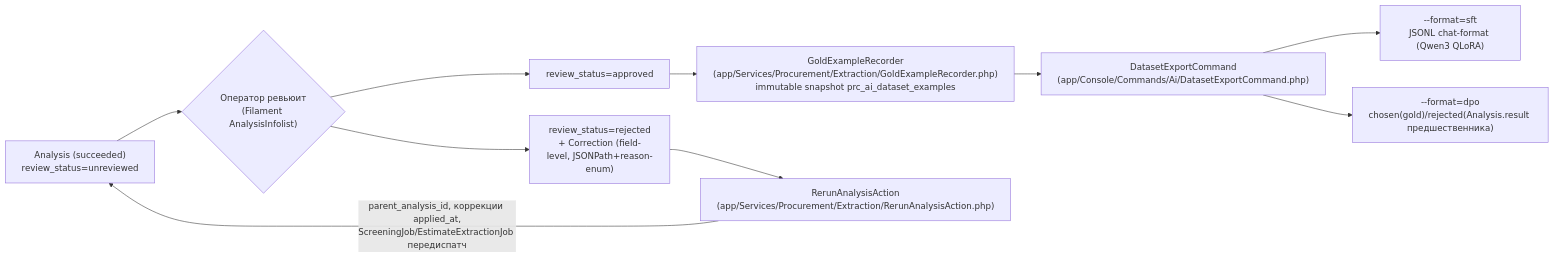
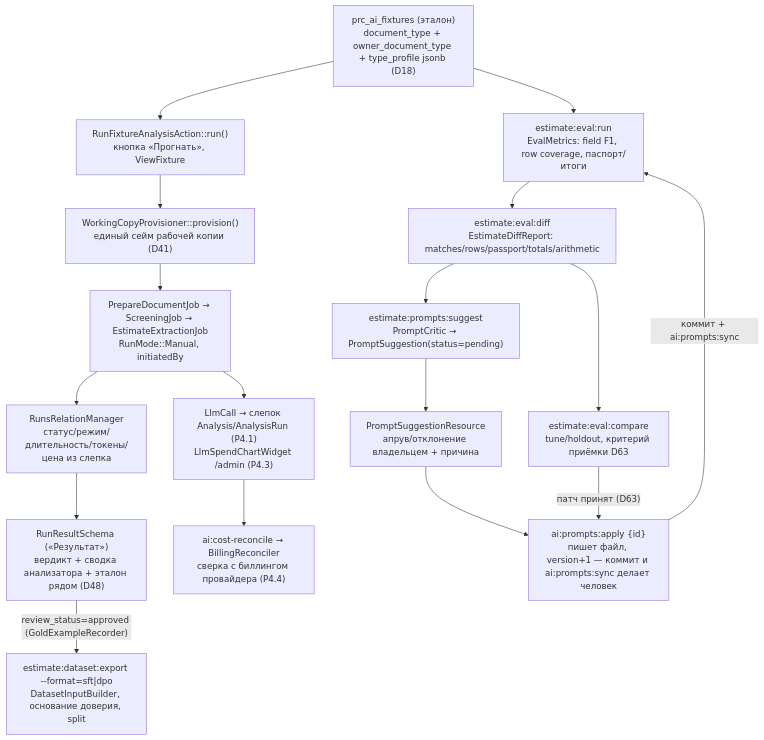
One commit to axiomasoft/agelto changed the diagram in docs/03_Dev/ai/training-loop.md. Above: the diagram before and after it, drawn with Mermaid. The commit also changed other lines of this file and 13 other files, not shown here.

````diff
--- a/docs/03_Dev/ai/training-loop.md
+++ b/docs/03_Dev/ai/training-loop.md
@@ -14,22 +14,27 @@
 ```mermaid
-flowchart LR
-    Analysis["Analysis (succeeded)<br/>review_status=unreviewed"]
-    Review{"Оператор ревьюит<br/>(Filament AnalysisInfolist)"}
-    Approved["review_status=approved"]
-    Rejected["review_status=rejected<br/>+ Correction (field-level, JSONPath+reason-enum)"]
-    Rerun["RerunAnalysisAction<br/>(app/Services/Procurement/Extraction/RerunAnalysisAction.php)"]
-    Gold["GoldExampleRecorder<br/>(app/Services/Procurement/Extraction/GoldExampleRecorder.php)<br/>immutable snapshot prc_ai_dataset_examples"]
-    Export["DatasetExportCommand<br/>(app/Console/Commands/Ai/DatasetExportCommand.php)"]
-    SFT["--format=sft<br/>JSONL chat-format (Qwen3 QLoRA)"]
-    DPO["--format=dpo<br/>chosen(gold)/rejected(Analysis.result предшественника)"]
+flowchart TD
+    Fixture["prc_ai_fixtures (эталон)<br/>document_type + owner_document_type + type_profile jsonb (D18)"]
+    Run["RunFixtureAnalysisAction::run()<br/>кнопка «Прогнать», ViewFixture"]
+    Provision["WorkingCopyProvisioner::provision()<br/>единый сейм рабочей копии (D41)"]
+    Pipeline["PrepareDocumentJob → ScreeningJob → EstimateExtractionJob<br/>RunMode::Manual, initiatedBy"]
+    History["RunsRelationManager<br/>статус/режим/длительность/токены/цена из слепка"]
+    Result["RunResultSchema («Результат»)<br/>вердикт + сводка анализатора + эталон рядом (D48)"]
+    Spend["LlmCall → слепок Analysis/AnalysisRun (P4.1)<br/>LlmSpendChartWidget /admin (P4.3)"]
+    Reconcile["ai:cost-reconcile → BillingReconciler<br/>сверка с биллингом провайдера (P4.4)"]
+    EvalRun["estimate:eval:run<br/>EvalMetrics: field F1, row coverage, паспорт/итоги"]
+    Diff["estimate:eval:diff<br/>EstimateDiffReport: matches/rows/passport/totals/arithmetic"]
+    Suggest["estimate:prompts:suggest<br/>PromptCritic → PromptSuggestion(status=pending)"]
+    Approve["PromptSuggestionResource<br/>апрув/отклонение владельцем + причина"]
+    Apply["ai:prompts:apply {id}<br/>пишет файл, version+1 — коммит и ai:prompts:sync делает человек"]
+    Compare["estimate:eval:compare<br/>tune/holdout, критерий приёмки D63"]
+    Export["estimate:dataset:export --format=sft|dpo<br/>DatasetInputBuilder, основание доверия, split"]
 
-    Analysis --> Review
-    Review --> Approved
-    Review --> Rejected
-    Approved --> Gold
-    Rejected --> Rerun
-    Rerun -->|"parent_analysis_id, коррекции applied_at,<br/>ScreeningJob/EstimateExtractionJob передиспатч"| Analysis
-    Gold --> Export
-    Export --> SFT
-    Export --> DPO
+    Fixture --> Run --> Provision --> Pipeline --> History
+    History --> Result
+    Pipeline --> Spend --> Reconcile
+    Result -->|"review_status=approved (GoldExampleRecorder)"| Export
+    Fixture --> EvalRun --> Diff --> Suggest --> Approve --> Apply
+    Apply -->|"коммит + ai:prompts:sync"| EvalRun
+    Diff --> Compare
+    Compare -->|"патч принят (D63)"| Apply
 ```
````
